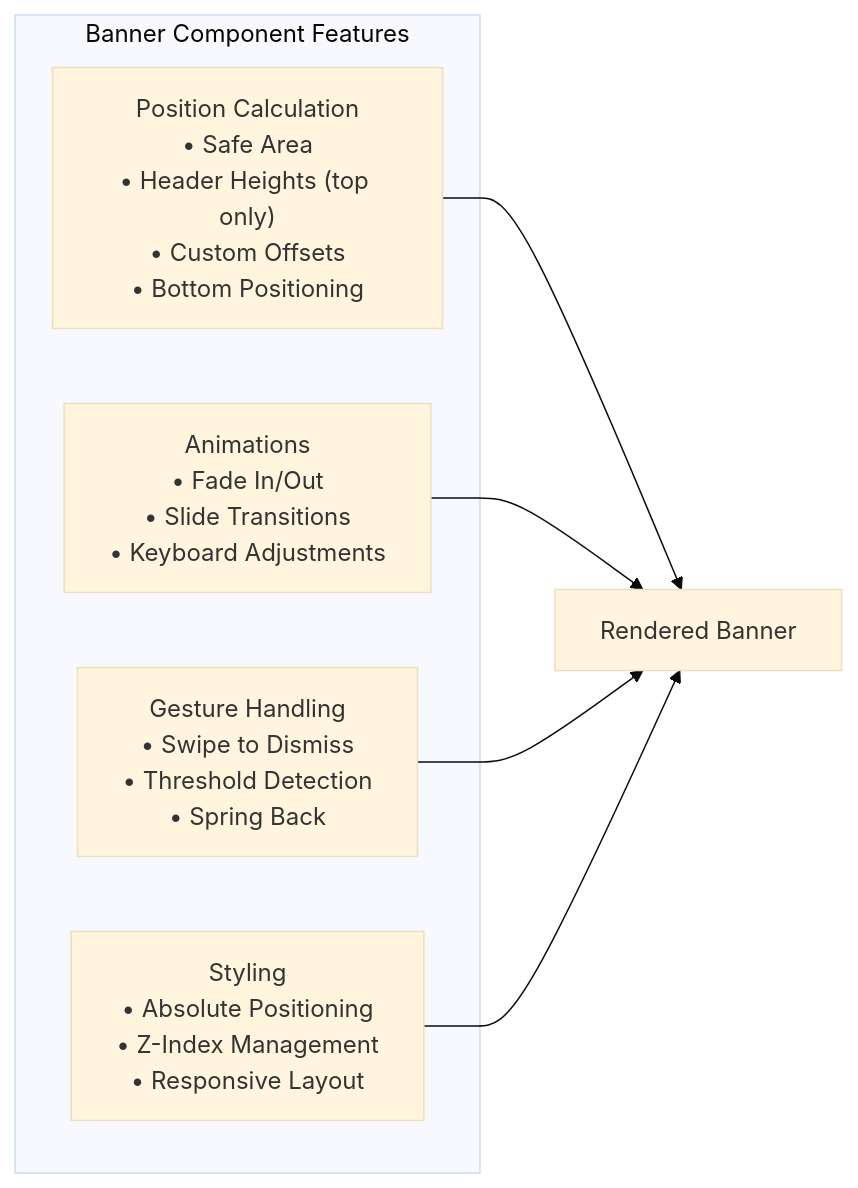
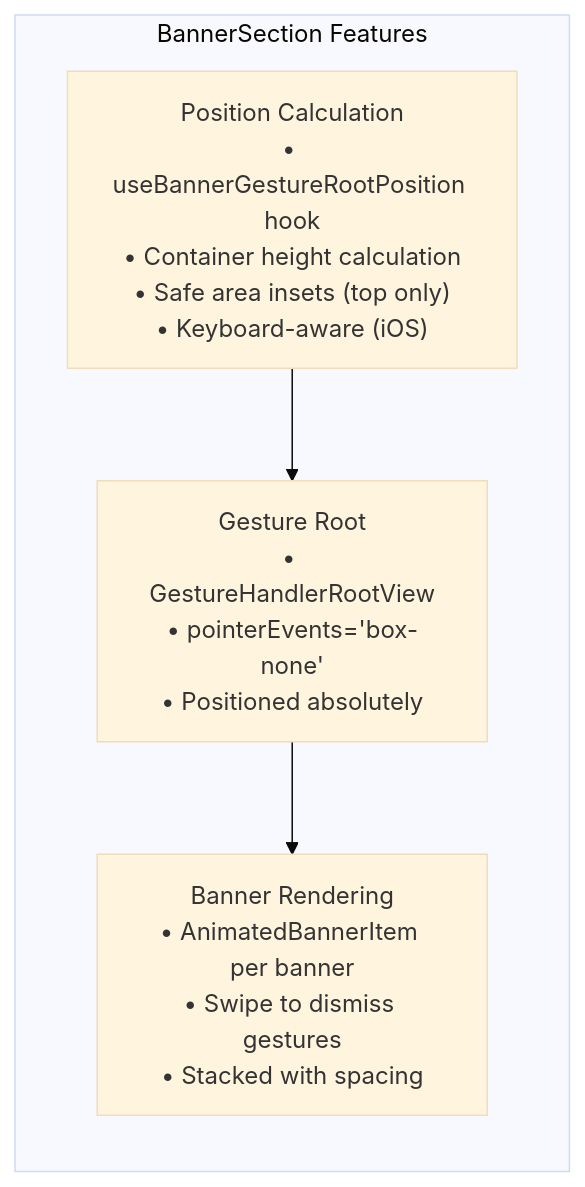
The fourth of 8 diagrams in floating-banner.md (mattermost/mattermost-mobile), drawn with Mermaid (base theme) before and after one commit. The commit also changed other lines of this file and 10 other files, not shown here.

````diff
--- a/floating-banner.md
+++ b/floating-banner.md
@@ -116,14 +133,11 @@
 ```mermaid
 graph LR
-    subgraph "Banner Component Features"
-        POS["Position Calculation<br/>• Safe Area<br/>• Header Heights (top only)<br/>• Custom Offsets<br/>• Bottom Positioning"]
-        ANIM["Animations<br/>• Fade In/Out<br/>• Slide Transitions<br/>• Keyboard Adjustments"]
-        GEST["Gesture Handling<br/>• Swipe to Dismiss<br/>• Threshold Detection<br/>• Spring Back"]
-        STYLE["Styling<br/>• Absolute Positioning<br/>• Z-Index Management<br/>• Responsive Layout"]
+    subgraph "BannerSection Features"
+        POS["Position Calculation<br/>• useBannerGestureRootPosition hook<br/>• Container height calculation<br/>• Safe area insets (top only)<br/>• Keyboard-aware (iOS)"]
+        GESTURE["Gesture Root<br/>• GestureHandlerRootView<br/>• pointerEvents='box-none'<br/>• Positioned absolutely"]
+        RENDER["Banner Rendering<br/>• AnimatedBannerItem per banner<br/>• Swipe to dismiss gestures<br/>• Stacked with spacing"]
     end
     
-    POS --> RENDER["Rendered Banner"]
-    ANIM --> RENDER
-    GEST --> RENDER
-    STYLE --> RENDER
+    POS --> GESTURE
+    GESTURE --> RENDER
 ```
````
